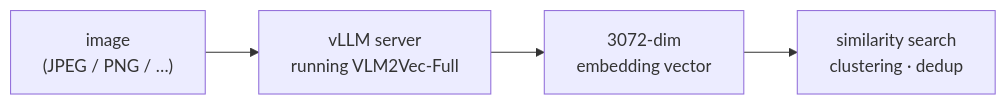
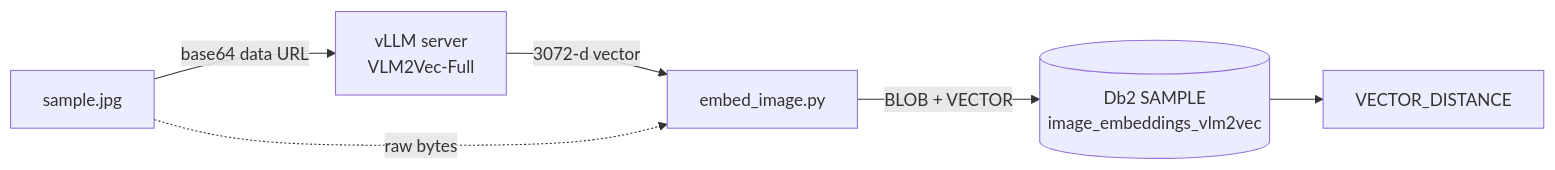
One commit to IBM/db2-ai-cookbook changed the diagram in vllm-vlm2vec-image-embed/README.md. Above: the diagram before and after it, drawn with Mermaid. The commit also changed other lines of this file and 10 other files, not shown here.

````diff
--- a/vllm-vlm2vec-image-embed/README.md
+++ b/vllm-vlm2vec-image-embed/README.md
@@ -7,6 +12,8 @@
 ```mermaid
 flowchart LR
-    IMG["image<br/>(JPEG / PNG / …)"] --> SVC["vLLM server<br/>running VLM2Vec-Full"]
-    SVC --> VEC["3072-dim<br/>embedding vector"]
-    VEC --> USE["similarity search<br/>clustering · dedup"]
+    IMG["sample.jpg"] -->|base64 data URL| SVC["vLLM server<br/>VLM2Vec-Full"]
+    SVC -->|3072-d vector| APP["embed_image.py"]
+    IMG -.raw bytes.-> APP
+    APP -->|"BLOB + VECTOR"| DB[("Db2 SAMPLE<br/>image_embeddings_vlm2vec")]
+    DB --> Q["VECTOR_DISTANCE"]
 ```
````
